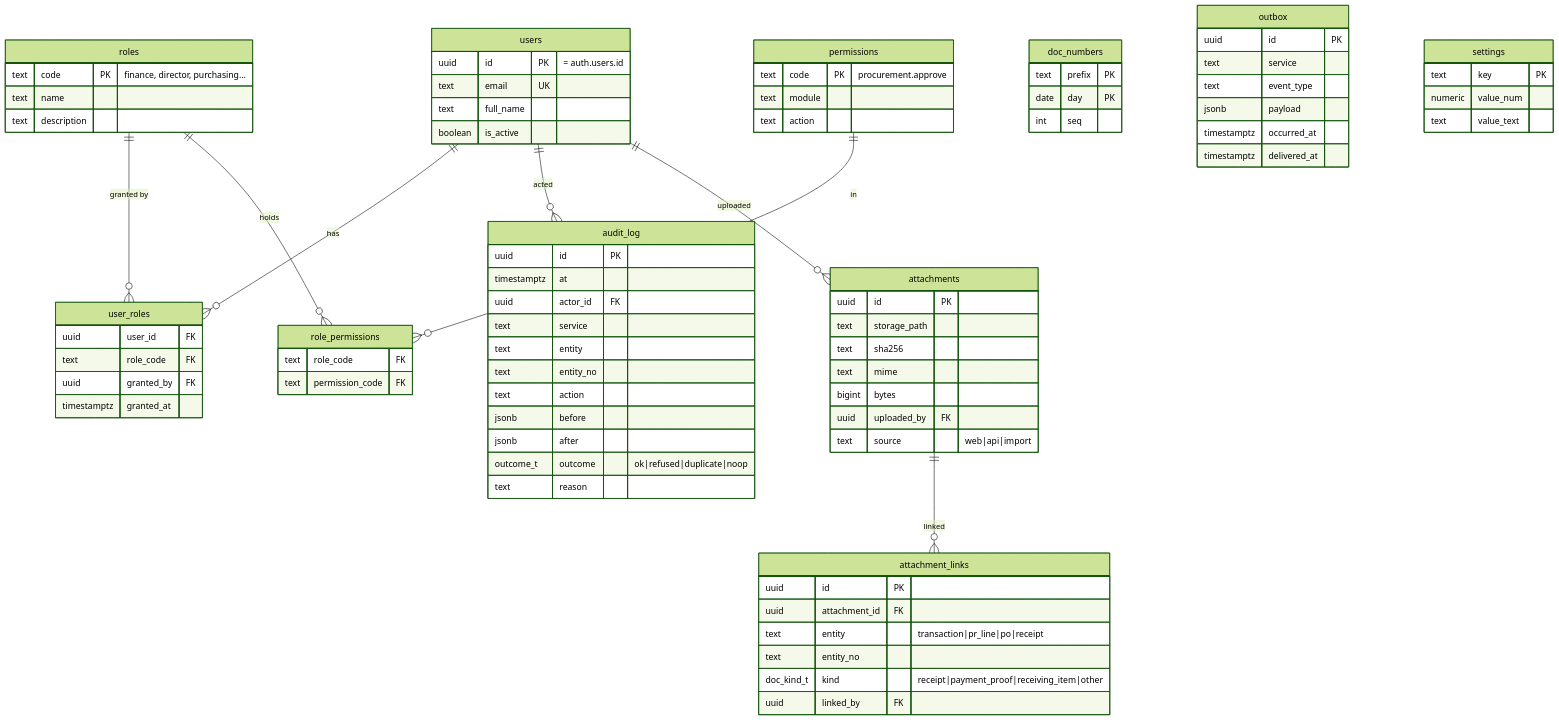
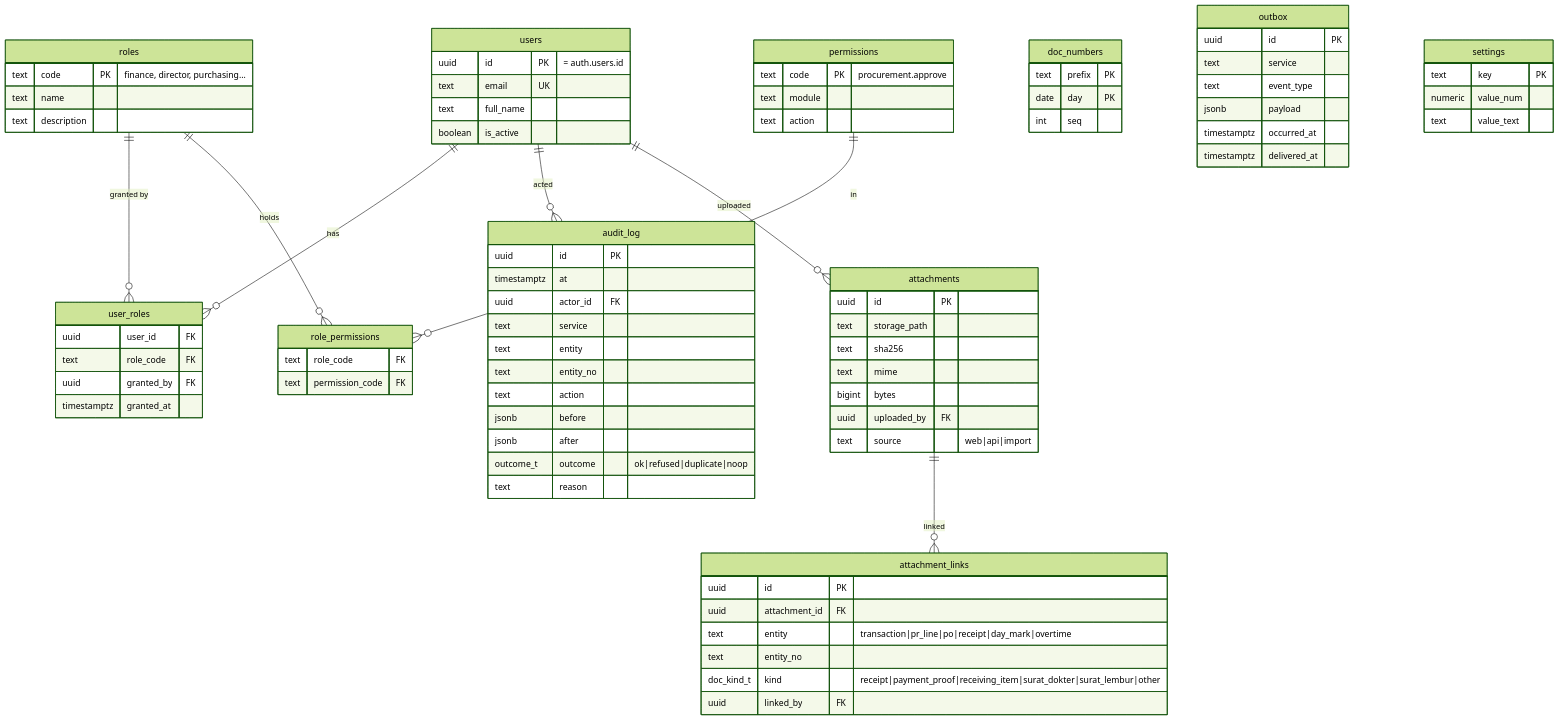
Before and after one commit to talait/ops-talaliving: the first of 6 diagrams in docs/plan/02-database.md, drawn with Mermaid (forest theme). The commit also changed other lines of this file and 23 other files, not shown here.

```diff
--- a/docs/plan/02-database.md
+++ b/docs/plan/02-database.md
@@ -415,9 +415,9 @@
     attachment_links {
         uuid id PK
         uuid attachment_id FK
-        text entity "transaction|pr_line|po|receipt"
+        text entity "transaction|pr_line|po|receipt|day_mark|overtime"
         text entity_no
-        doc_kind_t kind "receipt|payment_proof|receiving_item|other"
+        doc_kind_t kind "receipt|payment_proof|receiving_item|surat_dokter|surat_lembur|other"
         uuid linked_by FK
     }
     outbox {
```
